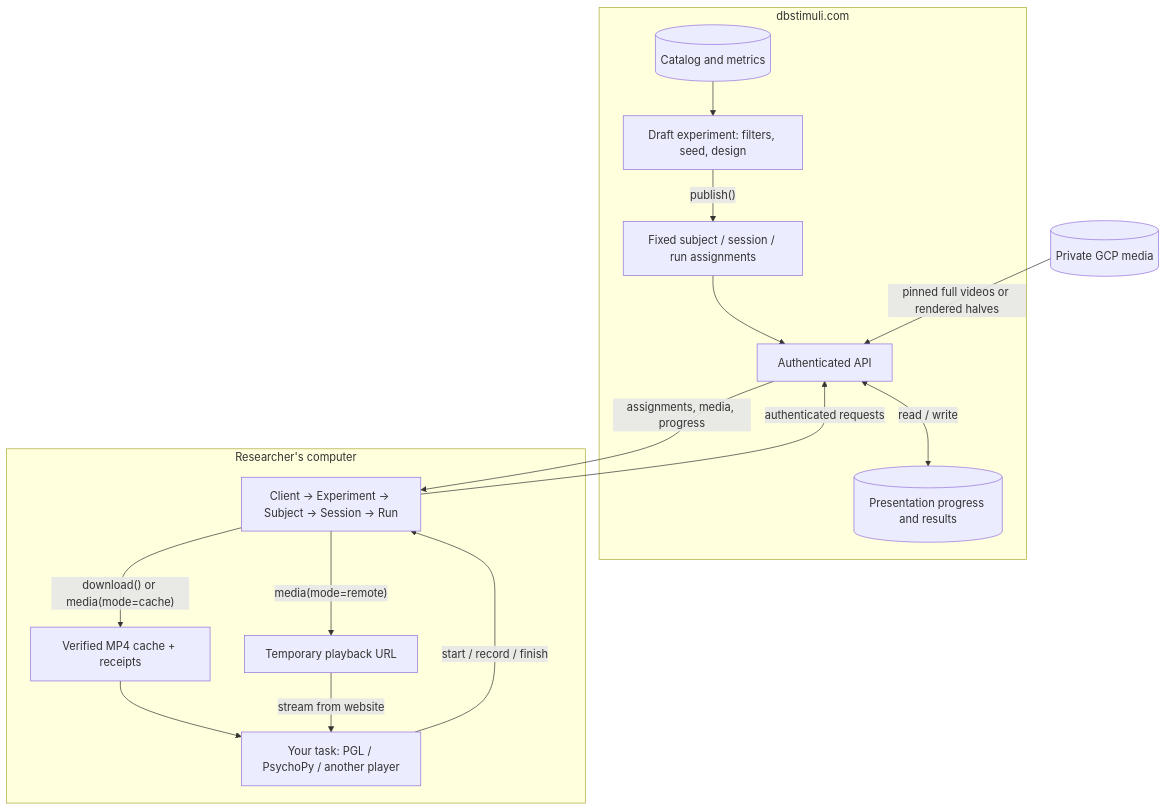
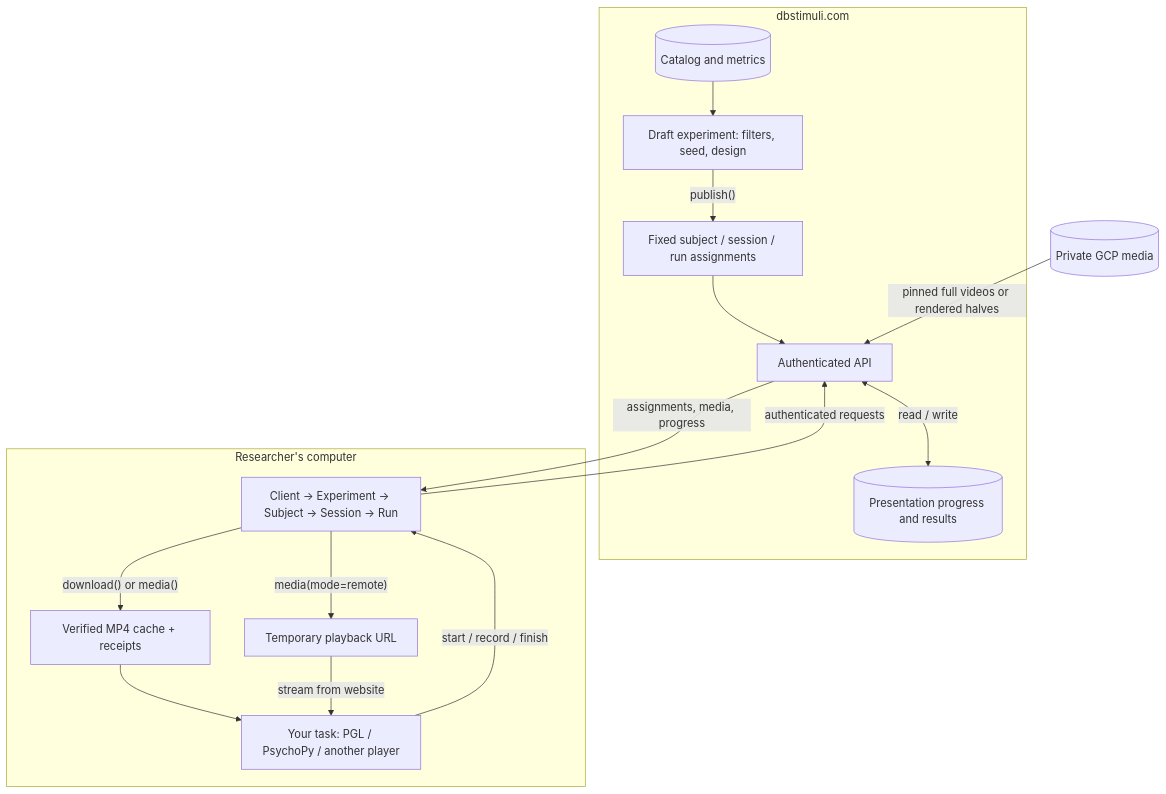
Before and after one commit to StanfordDigitalBrainProject/dbstim: the first of 2 diagrams in docs/server-to-local-flow.md, drawn with Mermaid. The commit also changed other lines of this file and 20 other files, not shown here.

````diff
--- a/docs/server-to-local-flow.md
+++ b/docs/server-to-local-flow.md
@@ -9,23 +9,23 @@
 ```mermaid
 flowchart TB
     subgraph Server["dbstimuli.com"]
         Catalog[(Catalog and metrics)] --> Draft["Draft experiment: filters, seed, design"]
         Draft -->|"publish()"| Manifest["Fixed subject / session / run assignments"]
         Manifest --> API["Authenticated API"]
         API <-->|"read / write"| Progress[(Presentation progress and results)]
     end
     GCP[(Private GCP media)] -->|"pinned full videos or rendered halves"| API
     subgraph Computer["Researcher's computer"]
         SDK["Client → Experiment → Subject → Session → Run"]
         Local["Verified MP4 cache + receipts"]
         Remote["Temporary playback URL"]
         Task["Your task: PGL / PsychoPy / another player"]
-        SDK -->|"download() or media(mode=cache)"| Local
+        SDK -->|"download() or media()"| Local
         SDK -->|"media(mode=remote)"| Remote
         Local --> Task
         Remote -->|"stream from website"| Task
         Task -->|"start / record / finish"| SDK
     end
     API -->|"assignments, media, progress"| SDK
     SDK -->|"authenticated requests"| API
 ```
````
